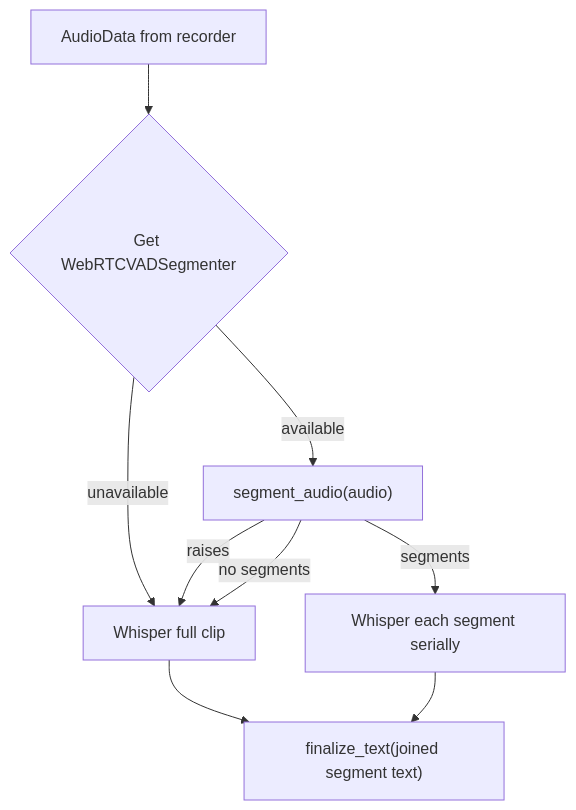
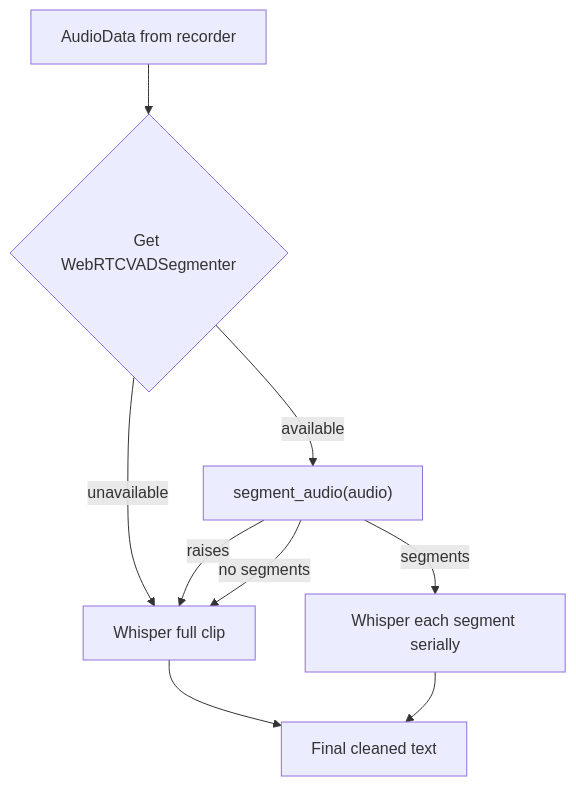
One commit to laceyp99/murmur changed the third of 4 diagrams in docs/failure-and-fallbacks.md. Above: the diagram before and after it, drawn with Mermaid. The commit also changed other lines of this file and 6 other files, not shown here.

````diff
--- a/docs/failure-and-fallbacks.md
+++ b/docs/failure-and-fallbacks.md
@@ -59,11 +62,11 @@
 ```mermaid
 flowchart TB
     AudioData["AudioData from recorder"] --> Segmenter{"Get WebRTCVADSegmenter"}
     Segmenter -->|unavailable| FullClip["Whisper full clip"]
     Segmenter -->|available| SegmentAudio["segment_audio(audio)"]
     SegmentAudio -->|raises| FullClip
     SegmentAudio -->|no segments| FullClip
     SegmentAudio -->|segments| TranscribeSegments["Whisper each segment serially"]
-    TranscribeSegments --> FinalText["finalize_text(joined segment text)"]
+    TranscribeSegments --> FinalText["Final cleaned text"]
     FullClip --> FinalText
 ```
````
